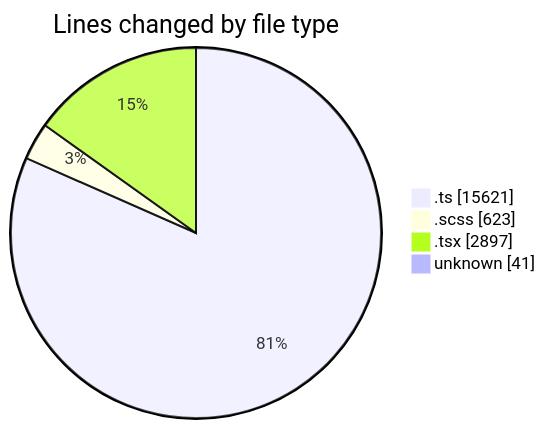
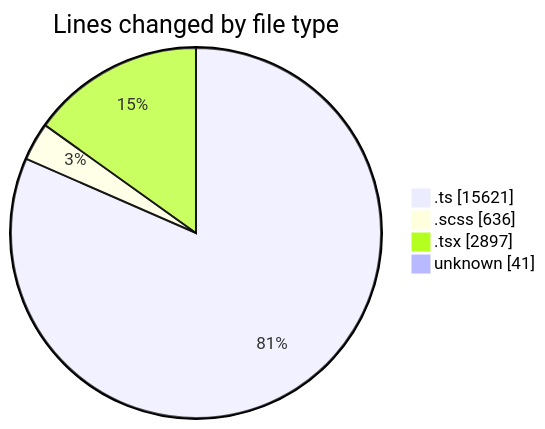
One commit to momahboobian/code-tracking changed the first of 2 diagrams in 2025-08-27/cda/README.md. Above: the diagram before and after it, drawn with Mermaid. The commit also changed other lines of this file and 1 other file, not shown here.

````diff
--- a/2025-08-27/cda/README.md
+++ b/2025-08-27/cda/README.md
@@ -38,8 +38,8 @@
 ```mermaid
 pie showData
 title Lines changed by file type
 ".ts" : 15621
-".scss" : 623
+".scss" : 636
 ".tsx" : 2897
 "unknown" : 41
 ```
````
